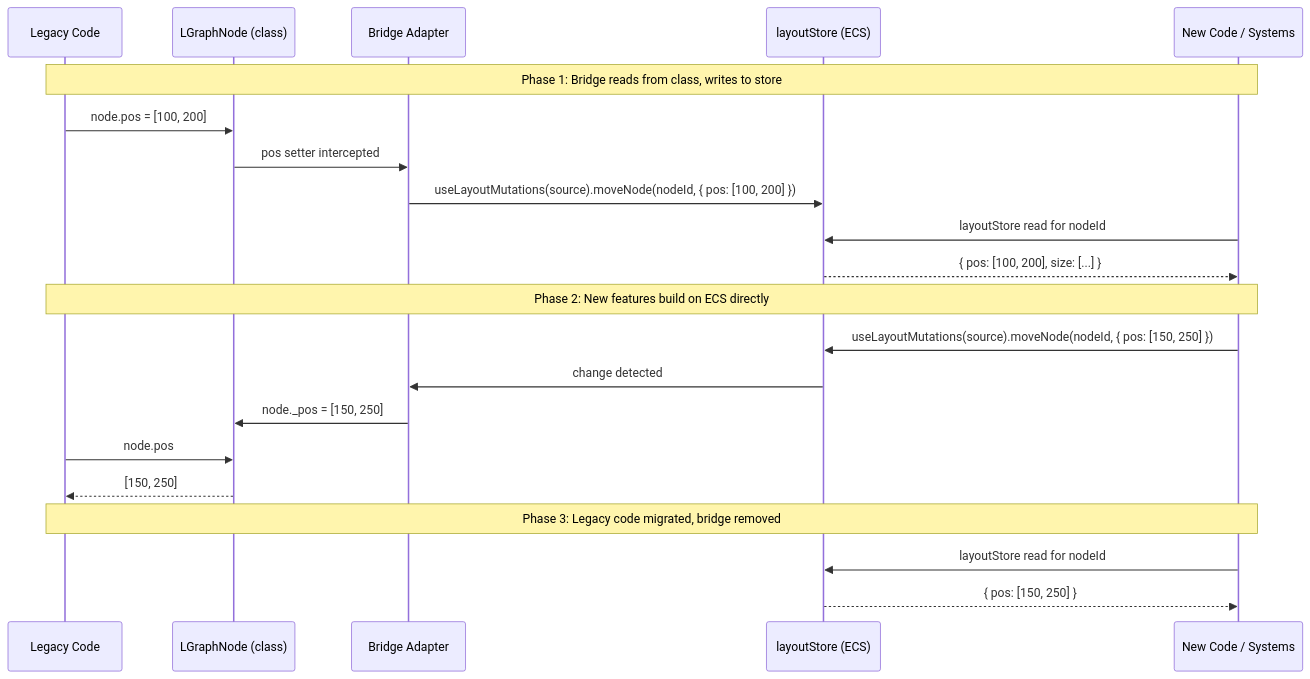
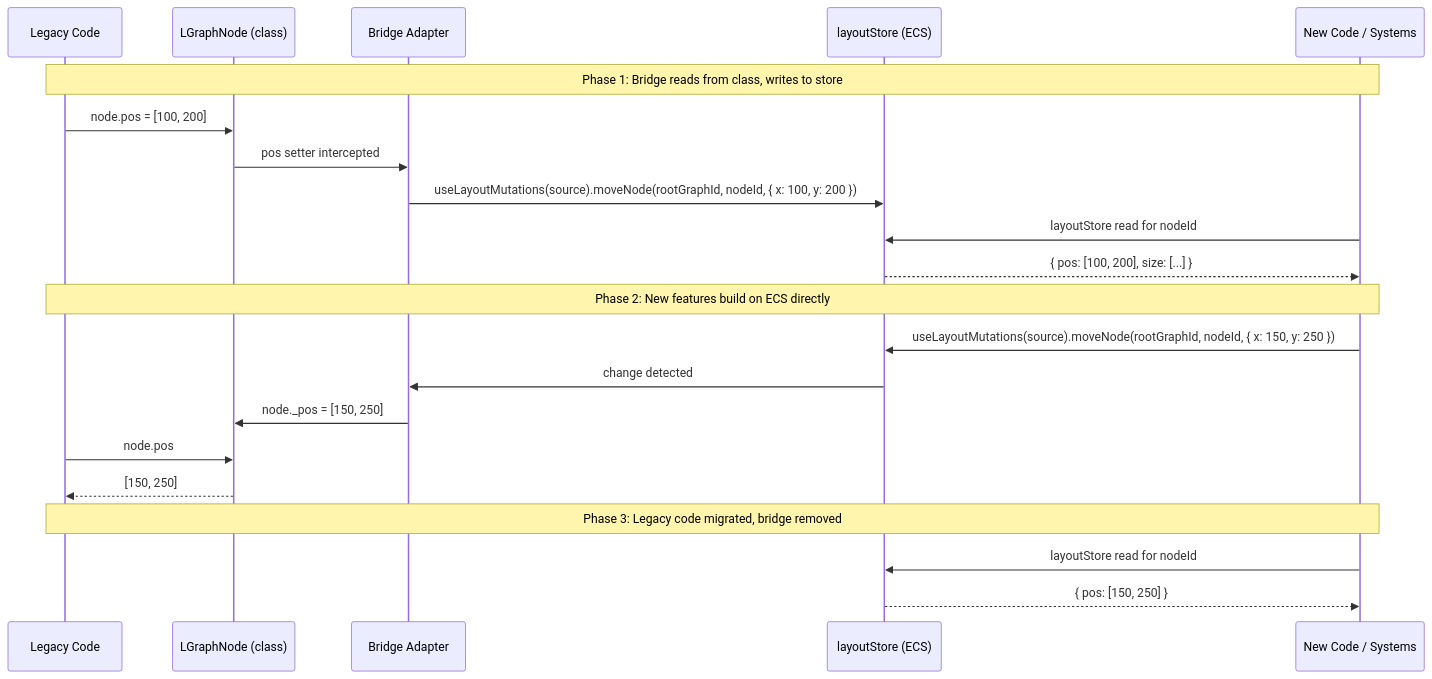
Before and after one commit to Comfy-Org/ComfyUI_frontend: diagram 11 of 12 in docs/architecture/ecs-target-architecture.md, drawn with Mermaid. The commit also changed other lines of this file and 20 other files, not shown here.

````diff
--- a/docs/architecture/ecs-target-architecture.md
+++ b/docs/architecture/ecs-target-architecture.md
@@ -517,30 +523,30 @@
 ```mermaid
 sequenceDiagram
     participant Legacy as Legacy Code
     participant Class as LGraphNode (class)
     participant Bridge as Bridge Adapter
     participant Store as layoutStore (ECS)
     participant New as New Code / Systems
 
     Note over Legacy,New: Phase 1: Bridge reads from class, writes to store
 
     Legacy->>Class: node.pos = [100, 200]
     Class->>Bridge: pos setter intercepted
-    Bridge->>Store: useLayoutMutations(source).moveNode(nodeId, { pos: [100, 200] })
+    Bridge->>Store: useLayoutMutations(source).moveNode(rootGraphId, nodeId, { x: 100, y: 200 })
 
     New->>Store: layoutStore read for nodeId
     Store-->>New: { pos: [100, 200], size: [...] }
 
     Note over Legacy,New: Phase 2: New features build on ECS directly
 
-    New->>Store: useLayoutMutations(source).moveNode(nodeId, { pos: [150, 250] })
+    New->>Store: useLayoutMutations(source).moveNode(rootGraphId, nodeId, { x: 150, y: 250 })
     Store->>Bridge: change detected
     Bridge->>Class: node._pos = [150, 250]
     Legacy->>Class: node.pos
     Class-->>Legacy: [150, 250]
 
     Note over Legacy,New: Phase 3: Legacy code migrated, bridge removed
 
     New->>Store: layoutStore read for nodeId
     Store-->>New: { pos: [150, 250] }
 ```
````
